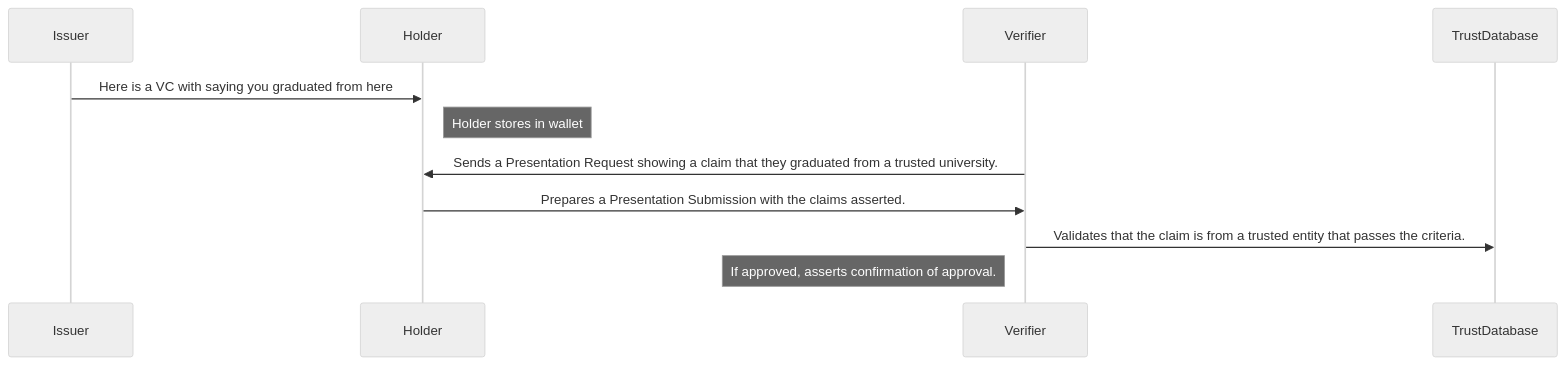
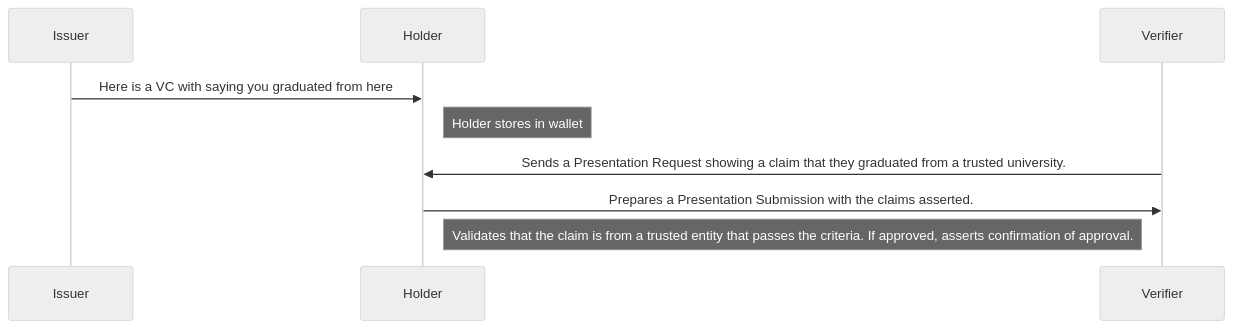
The second of 2 diagrams in example/use_cases/employer_university_flow/README.md (TBD54566975/ssi-sdk), drawn with Mermaid before and after one commit.

Commit message:
removed database for flow approval process

````diff
--- a/example/use_cases/employer_university_flow/README.md
+++ b/example/use_cases/employer_university_flow/README.md
@@ -25,10 +25,9 @@
 ```mermaid
 sequenceDiagram
     %%{init: {'theme': 'neutral' } }%%
     Issuer->>Holder: Here is a VC with saying you graduated from here
     Note right of Holder: Holder stores in wallet
     Verifier->>Holder: Sends a Presentation Request showing a claim that they graduated from a trusted university.
     Holder->>Verifier: Prepares a Presentation Submission with the claims asserted.
-    Verifier->>TrustDatabase: Validates that the claim is from a trusted entity that passes the criteria.
-    Note left of Verifier: If approved, asserts confirmation of approval.
+    Note left of Verifier: Validates that the claim is from a trusted entity that passes the criteria. If approved, asserts confirmation of approval.
 ```
````
